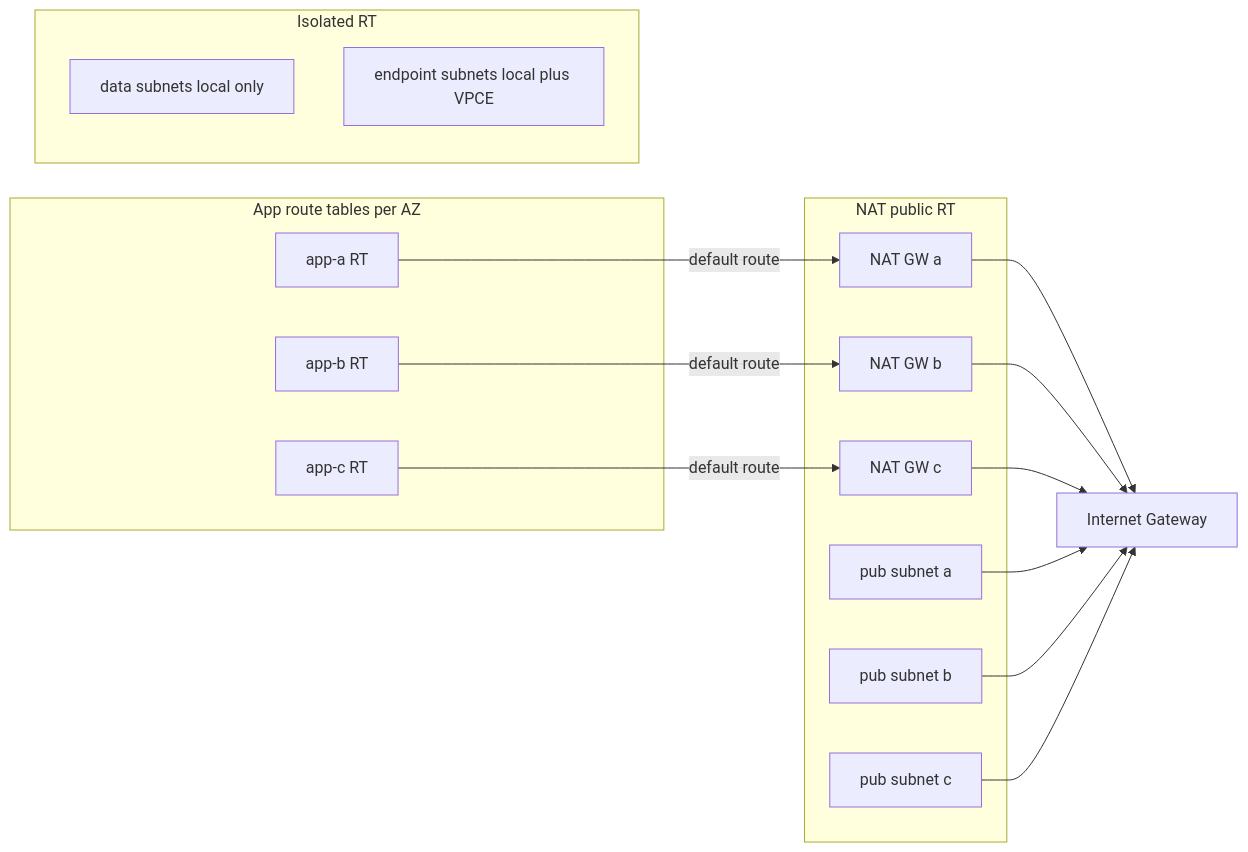
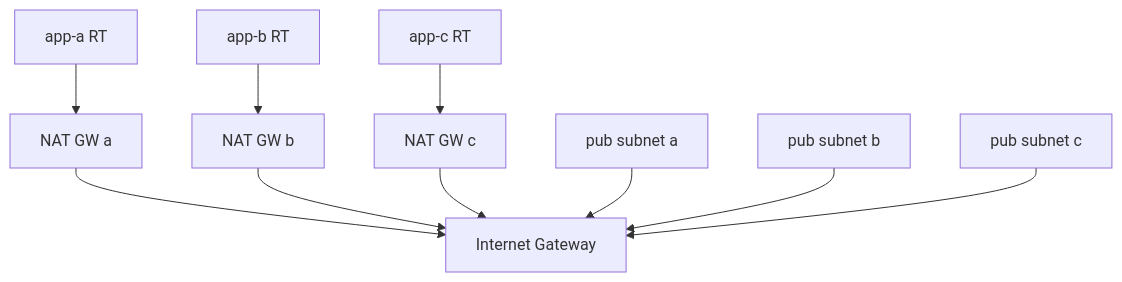
Before and after one commit to evyatare92/aws-project: the first of 2 diagrams in docs/architecture/network-and-routing.md, drawn with Mermaid. The commit also changed other lines of this file and 1 other file, not shown here.

````diff
--- a/docs/architecture/network-and-routing.md
+++ b/docs/architecture/network-and-routing.md
@@ -34,34 +34,12 @@
 ```mermaid
-flowchart LR
-  subgraph AppRT["App route tables per AZ"]
-    AppA["app-a RT"]
-    AppB["app-b RT"]
-    AppC["app-c RT"]
-  end
-
-  subgraph IsolatedRT["Isolated RT"]
-    Data["data subnets local only"]
-    EP["endpoint subnets local plus VPCE"]
-  end
-
-  subgraph PublicRT["NAT public RT"]
-    PubA["pub subnet a"]
-    NATA["NAT GW a"]
-    PubB["pub subnet b"]
-    NATB["NAT GW b"]
-    PubC["pub subnet c"]
-    NATC["NAT GW c"]
-  end
-
-  IGW["Internet Gateway"]
-
-  AppA -->|"default route"| NATA
-  AppB -->|"default route"| NATB
-  AppC -->|"default route"| NATC
-  NATA --> IGW
+graph TB
+  AppA["app-a RT"] --> NATA["NAT GW a"]
+  AppB["app-b RT"] --> NATB["NAT GW b"]
+  AppC["app-c RT"] --> NATC["NAT GW c"]
+  NATA --> IGW["Internet Gateway"]
   NATB --> IGW
   NATC --> IGW
-  PubA --> IGW
-  PubB --> IGW
-  PubC --> IGW
+  PubA["pub subnet a"] --> IGW
+  PubB["pub subnet b"] --> IGW
+  PubC["pub subnet c"] --> IGW
 ```
````
